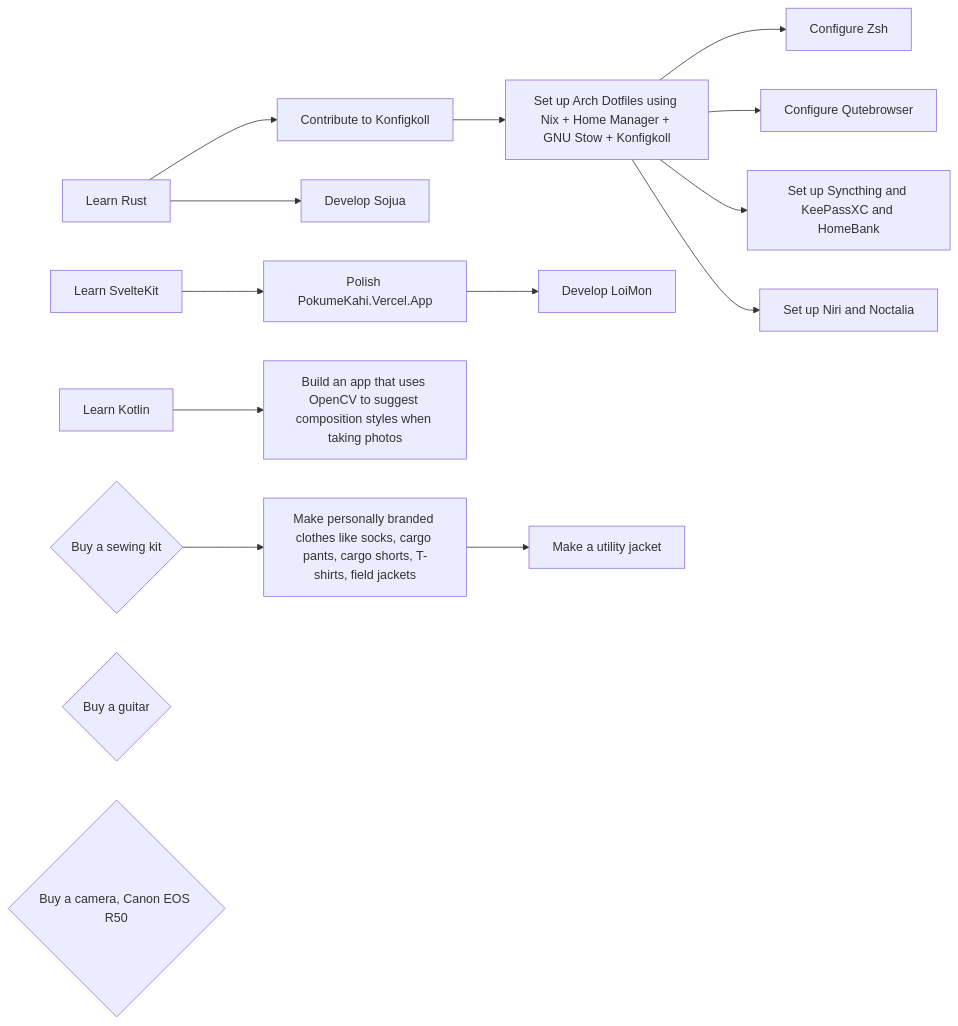
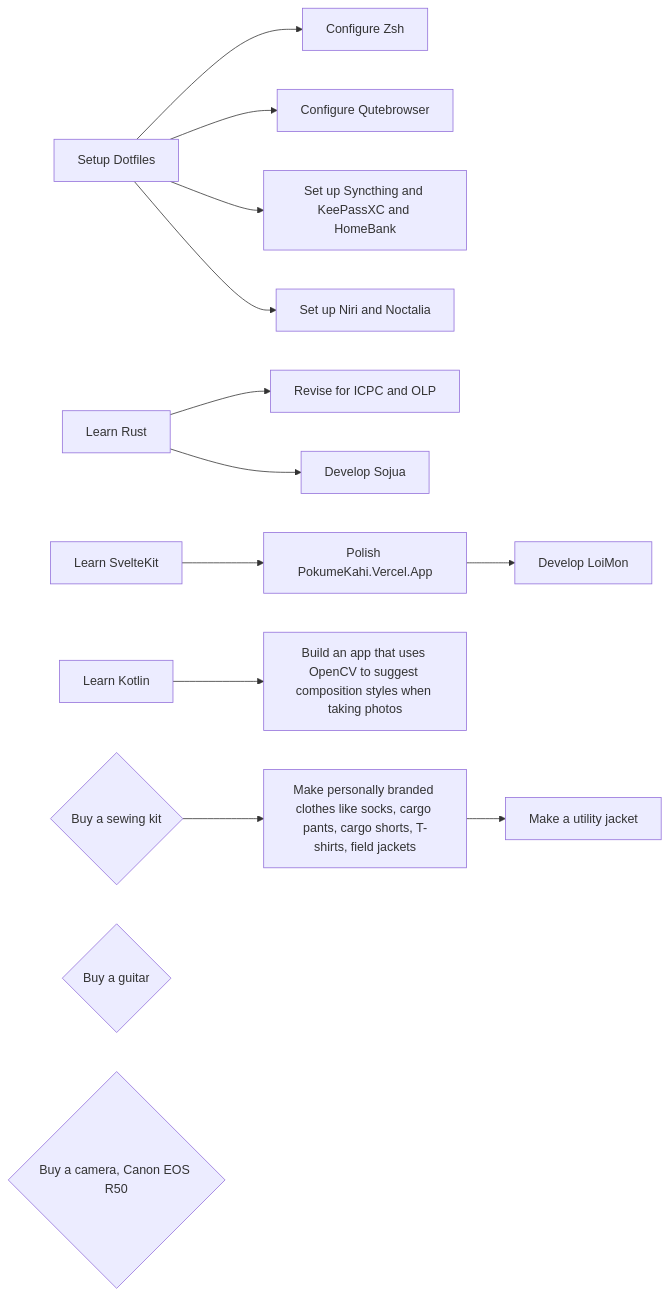
The first of 2 diagrams in notes/td7kggh8.md (PokumeKachi/ybiau), drawn with Mermaid before and after one commit. The commit also changed other lines of this file and 10 other files, not shown here.

````diff
--- a/notes/td7kggh8.md
+++ b/notes/td7kggh8.md
@@ -15,33 +13,34 @@
 ```mermaid
 graph LR
 
+Dotfiles[Setup Dotfiles]
+
+    Dotfiles-->Zsh[Configure Zsh]
+    Dotfiles-->Qute[Configure Qutebrowser]
+    Dotfiles-->Security[Set up Syncthing and KeePassXC and HomeBank]
+    Dotfiles-->Tiling[Set up Niri and Noctalia]
+
 Rust[Learn Rust]
 
-    Rust-->Konfigkoll[Contribute to Konfigkoll]
+    Rust-->CompProg[Revise for ICPC and OLP]
 
-        Konfigkoll-->Dotfiles[Set up Arch Dotfiles using Nix + Home Manager + GNU Stow + Konfigkoll]
-
-            Dotfiles-->Zsh[Configure Zsh]
-            Dotfiles-->Qute[Configure Qutebrowser]
-            Dotfiles-->Security[Set up Syncthing and KeePassXC and HomeBank]
-            Dotfiles-->Tiling[Set up Niri and Noctalia]
 
     Rust-->Sojua[Develop Sojua]
 
 SvelteKit[Learn SvelteKit]
     SvelteKit-->Vercel[Polish PokumeKahi.Vercel.App]
         Vercel-->LoiMon[Develop LoiMon]
 
 Kotlin[Learn Kotlin]
     Kotlin-->UltraCam[Build an app that uses OpenCV to suggest composition styles when taking photos]
 
 
 Sew{Buy a sewing kit}
 
     Sew-->Personal[Make personally branded clothes like socks, cargo pants, cargo shorts, T-shirts, field jackets]
         Personal-->Jacket[Make a utility jacket]
 
 Guitar{Buy a guitar}
 
 Photo{Buy a camera, Canon EOS R50}
 ```
````
